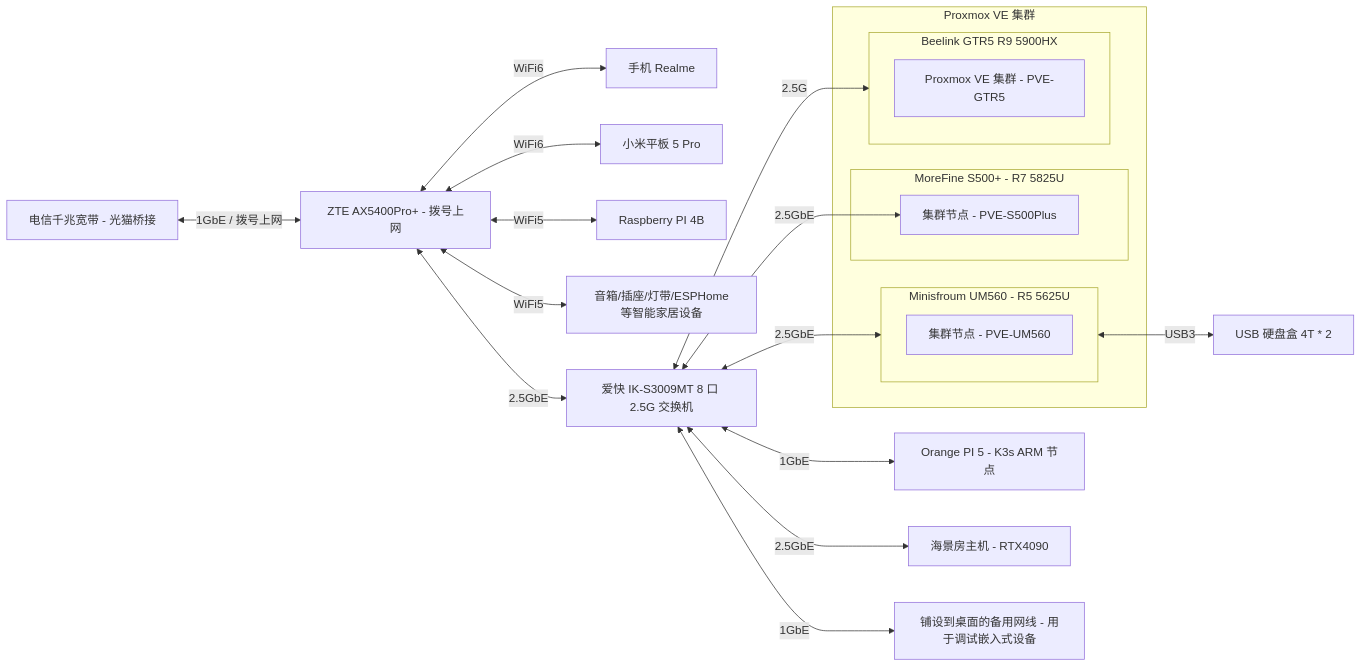
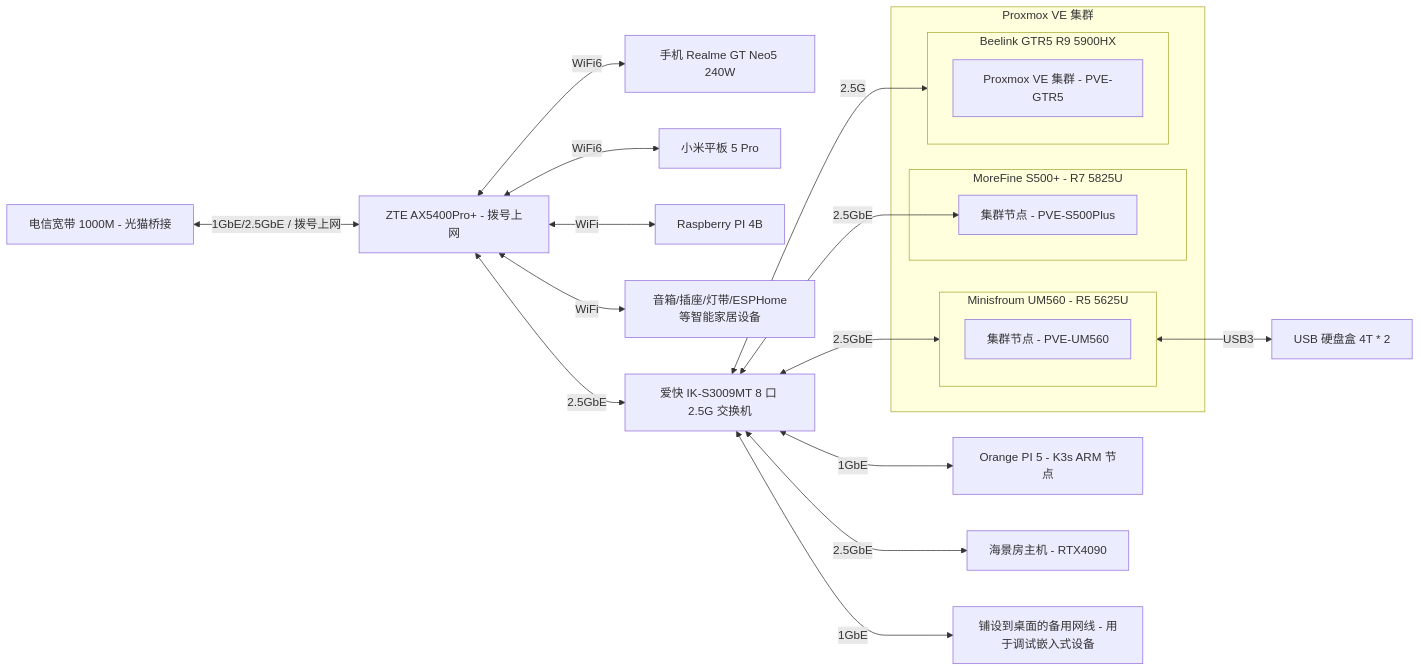
Before and after one commit to ryan4yin/knowledge: the diagram in homelab/README.md, drawn with Mermaid.

Commit message:
feat: /homelab

````diff
--- a/homelab/README.md
+++ b/homelab/README.md
@@ -25,37 +25,37 @@
 ```mermaid
 graph LR
-  WAN[电信千兆宽带 - 光猫桥接]
+  WAN[电信宽带 1000M - 光猫桥接]
   edge_router[ZTE AX5400Pro+ - 拨号上网]
-  WAN <-- 1GbE / 拨号上网 --> edge_router
+  WAN <-- 1GbE/2.5GbE / 拨号上网 --> edge_router
   
-  edge_router <-- WiFi6 --> android1[手机 Realme ]
+  edge_router <-- WiFi6 --> android1[手机 Realme GT Neo5 240W]
   edge_router <-- WiFi6 --> android_pad1[小米平板 5 Pro]
-	edge_router <-- WiFi5 --> raspberrypi[Raspberry PI 4B]
-	edge_router <-- WiFi5 --> SmartHomeDevices[音箱/插座/灯带/ESPHome等智能家居设备]
+	edge_router <-- WiFi --> raspberrypi[Raspberry PI 4B]
+	edge_router <-- WiFi --> SmartHomeDevices[音箱/插座/灯带/ESPHome等智能家居设备]
 
   edge_router <-- 2.5GbE --> switch[爱快 IK-S3009MT 8 口 2.5G 交换机]
   
   switch <-- 2.5GbE --> UM560
 	switch <-- 2.5GbE --> PVE-S500Plus
 	switch <-- 2.5G --> GTR5
 
   subgraph PVE-Cluster[Proxmox VE  集群]
     subgraph UM560[Minisfroum UM560 - R5 5625U]
       PVE-UM560[集群节点 - PVE-UM560]
     end
 
     subgraph S500Plus[MoreFine S500+ - R7 5825U]
       PVE-S500Plus[集群节点 - PVE-S500Plus]
     end
 
     subgraph GTR5[Beelink GTR5 R9 5900HX]
       PVE-GTR5[Proxmox VE 集群 - PVE-GTR5]
     end
   end
   UM560 <-- USB3 --> USB-Storage1[USB 硬盘盒 4T * 2]
 
 	switch <-- 1GbE --> orangepi5[Orange PI 5 - K3s ARM 节点]
   switch <-- 2.5GbE --> RTX4090[海景房主机 - RTX4090]
 	switch <-- 1GbE --> backup[铺设到桌面的备用网线 - 用于调试嵌入式设备]
 
 ```
````
